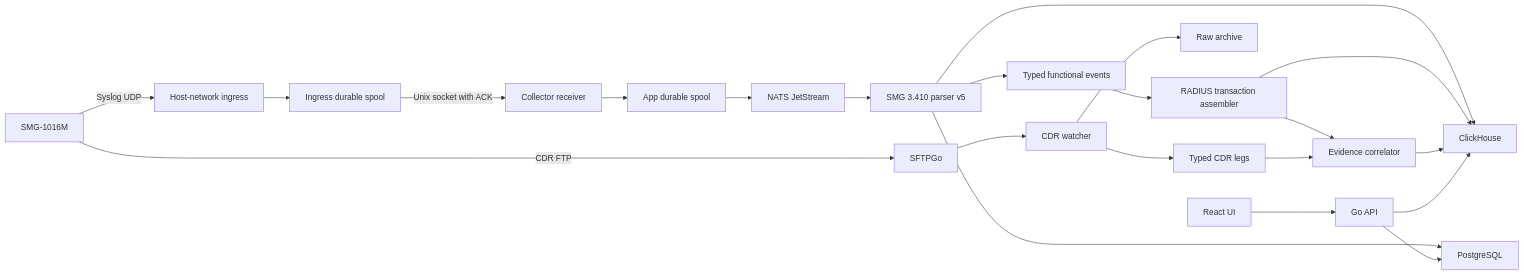
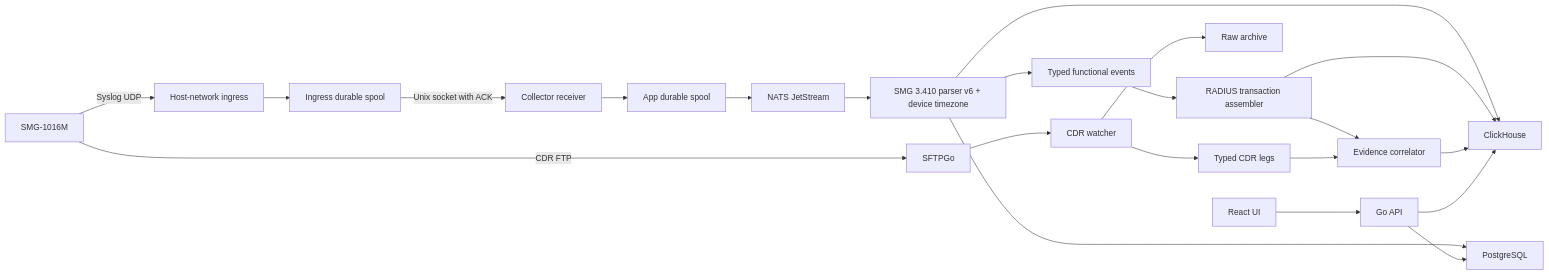
The diagram in docs/architecture.md (finenumbers/collector), drawn with Mermaid before and after one commit. The commit also changed other lines of this file and 23 other files, not shown here.

````diff
--- a/docs/architecture.md
+++ b/docs/architecture.md
@@ -7,24 +7,24 @@
 ```mermaid
 flowchart LR
     SMG[SMG-1016M] -->|Syslog UDP| Ingress[Host-network ingress]
     SMG -->|CDR FTP| FTP[SFTPGo]
     Ingress --> IngressSpool[Ingress durable spool]
     IngressSpool -->|Unix socket with ACK| Receiver[Collector receiver]
     Receiver --> Spool[App durable spool]
     Spool --> NATS[NATS JetStream]
-    NATS --> Parser[SMG 3.410 parser v5]
+    NATS --> Parser[SMG 3.410 parser v6 + device timezone]
     Parser --> Functional[Typed functional events]
     Functional --> Radius[RADIUS transaction assembler]
     Radius --> Correlator[Evidence correlator]
     FTP --> Watcher[CDR watcher]
     Watcher --> MinIO[Raw archive]
     Watcher --> CDR[Typed CDR legs]
     CDR --> Correlator
     Parser --> CH[ClickHouse]
     Radius --> CH
     Correlator --> CH
     Parser --> PG[PostgreSQL]
     UI[React UI] --> API[Go API]
     API --> CH
     API --> PG
 ```
````
